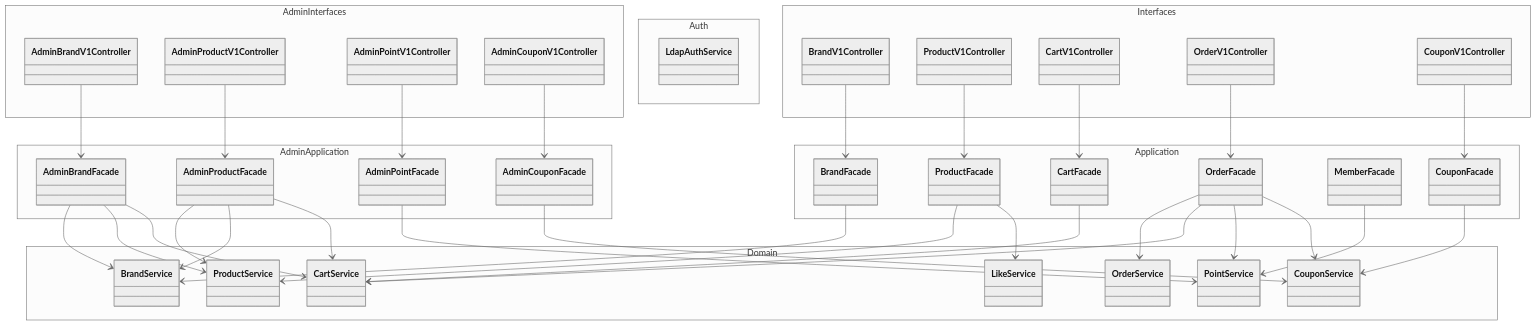
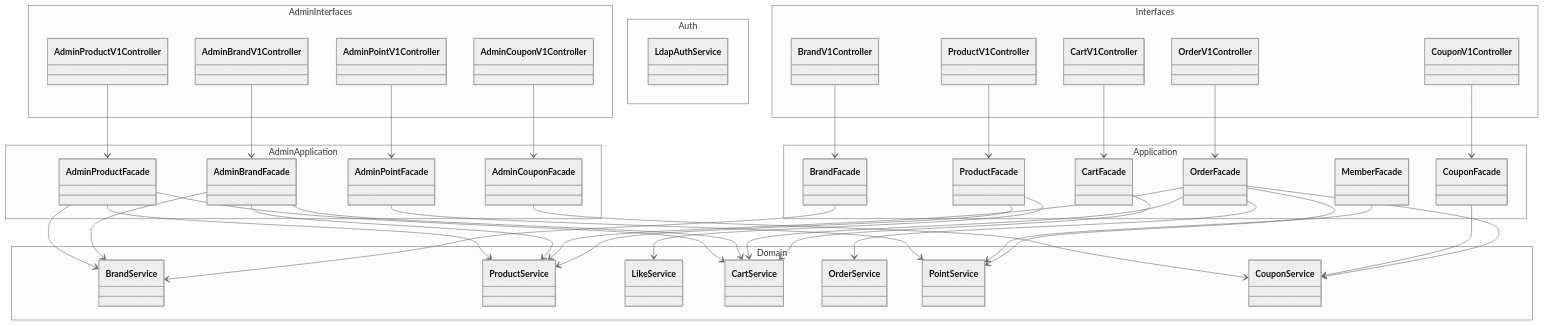
The first of 7 diagrams in docs/design/03-class-diagram.md (jsj1215/loop-pack-be-l2-vol3-java), drawn with Mermaid (neutral theme) before and after one commit. The commit also changed other lines of this file and 3 other files, not shown here.

````diff
--- a/docs/design/03-class-diagram.md
+++ b/docs/design/03-class-diagram.md
@@ -12,80 +12,81 @@
 ```mermaid
 classDiagram
     direction TB
 
     namespace Interfaces {
         class BrandV1Controller
         class ProductV1Controller
         class CartV1Controller
         class OrderV1Controller
         class CouponV1Controller
     }
 
     namespace Application {
         class BrandFacade
         class ProductFacade
         class CartFacade
         class OrderFacade
         class MemberFacade
         class CouponFacade
     }
 
     namespace Domain {
         class BrandService
         class ProductService
         class LikeService
         class CartService
         class OrderService
         class PointService
         class CouponService
     }
 
     namespace AdminInterfaces {
         class AdminBrandV1Controller
         class AdminProductV1Controller
         class AdminPointV1Controller
         class AdminCouponV1Controller
     }
 
     namespace AdminApplication {
         class AdminBrandFacade
         class AdminProductFacade
         class AdminPointFacade
         class AdminCouponFacade
     }
 
     namespace Auth {
         class LdapAuthService
     }
 
     BrandV1Controller --> BrandFacade
     ProductV1Controller --> ProductFacade
     CartV1Controller --> CartFacade
     OrderV1Controller --> OrderFacade
     CouponV1Controller --> CouponFacade
 
     BrandFacade --> BrandService
     ProductFacade --> ProductService
     ProductFacade --> LikeService
     CartFacade --> CartService
     OrderFacade --> OrderService
     OrderFacade --> CartService
     OrderFacade --> PointService
     OrderFacade --> CouponService
+    OrderFacade --> ProductService
     MemberFacade --> PointService
     CouponFacade --> CouponService
 
     AdminBrandV1Controller --> AdminBrandFacade
     AdminProductV1Controller --> AdminProductFacade
     AdminPointV1Controller --> AdminPointFacade
     AdminCouponV1Controller --> AdminCouponFacade
 
     AdminBrandFacade --> BrandService
     AdminBrandFacade --> ProductService
     AdminBrandFacade --> CartService
     AdminProductFacade --> ProductService
     AdminProductFacade --> BrandService
     AdminProductFacade --> CartService
     AdminPointFacade --> PointService
     AdminCouponFacade --> CouponService
 ```
````
